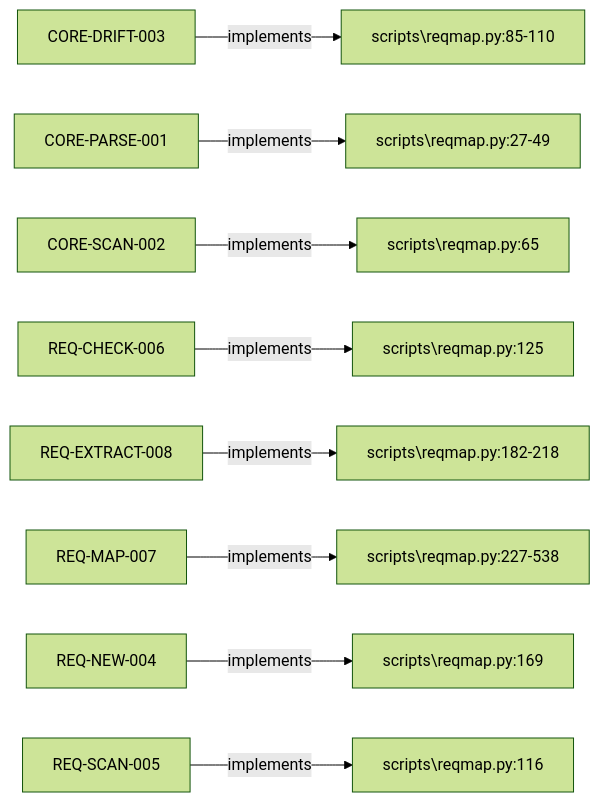
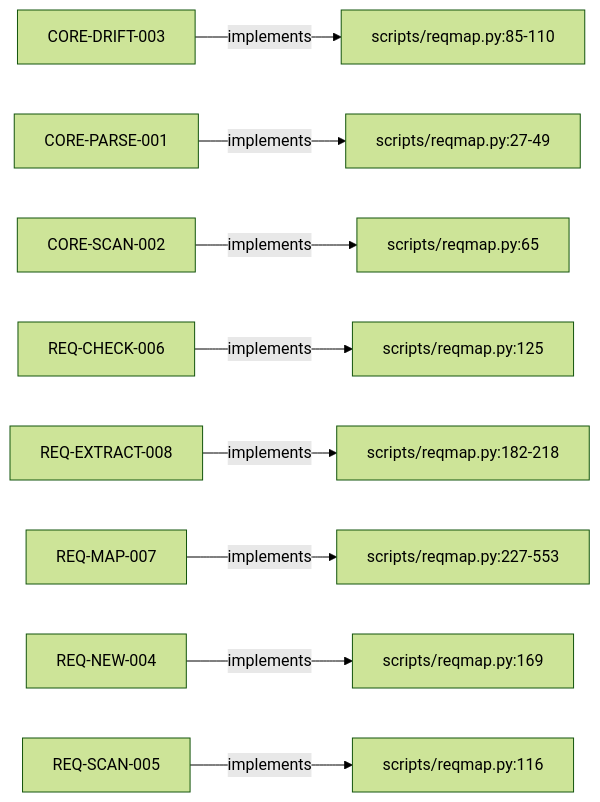
Before and after one commit to alxmax/Requirement-manager: the second of 5 diagrams in requirements/_map.md, drawn with Mermaid (forest theme). The commit also changed other lines of this file and 2 other files, not shown here.

First line of the commit message:
fix: node clicks and free-text labels in mermaid map

````diff
--- a/requirements/_map.md
+++ b/requirements/_map.md
@@ -38,27 +38,27 @@
 ```mermaid
 graph LR
   CORE_DRIFT_003["CORE-DRIFT-003"]
-  f_scripts_reqmap_py_85_110["scripts\reqmap.py:85-110"]
+  f_scripts_reqmap_py_85_110["scripts/reqmap.py:85-110"]
   CORE_DRIFT_003 -->|implements| f_scripts_reqmap_py_85_110
   CORE_PARSE_001["CORE-PARSE-001"]
-  f_scripts_reqmap_py_27_49["scripts\reqmap.py:27-49"]
+  f_scripts_reqmap_py_27_49["scripts/reqmap.py:27-49"]
   CORE_PARSE_001 -->|implements| f_scripts_reqmap_py_27_49
   CORE_SCAN_002["CORE-SCAN-002"]
-  f_scripts_reqmap_py_65["scripts\reqmap.py:65"]
+  f_scripts_reqmap_py_65["scripts/reqmap.py:65"]
   CORE_SCAN_002 -->|implements| f_scripts_reqmap_py_65
   REQ_CHECK_006["REQ-CHECK-006"]
-  f_scripts_reqmap_py_125["scripts\reqmap.py:125"]
+  f_scripts_reqmap_py_125["scripts/reqmap.py:125"]
   REQ_CHECK_006 -->|implements| f_scripts_reqmap_py_125
   REQ_EXTRACT_008["REQ-EXTRACT-008"]
-  f_scripts_reqmap_py_182_218["scripts\reqmap.py:182-218"]
+  f_scripts_reqmap_py_182_218["scripts/reqmap.py:182-218"]
   REQ_EXTRACT_008 -->|implements| f_scripts_reqmap_py_182_218
   REQ_MAP_007["REQ-MAP-007"]
-  f_scripts_reqmap_py_227_538["scripts\reqmap.py:227-538"]
-  REQ_MAP_007 -->|implements| f_scripts_reqmap_py_227_538
+  f_scripts_reqmap_py_227_553["scripts/reqmap.py:227-553"]
+  REQ_MAP_007 -->|implements| f_scripts_reqmap_py_227_553
   REQ_NEW_004["REQ-NEW-004"]
-  f_scripts_reqmap_py_169["scripts\reqmap.py:169"]
+  f_scripts_reqmap_py_169["scripts/reqmap.py:169"]
   REQ_NEW_004 -->|implements| f_scripts_reqmap_py_169
   REQ_SCAN_005["REQ-SCAN-005"]
-  f_scripts_reqmap_py_116["scripts\reqmap.py:116"]
+  f_scripts_reqmap_py_116["scripts/reqmap.py:116"]
   REQ_SCAN_005 -->|implements| f_scripts_reqmap_py_116
 ```
````
